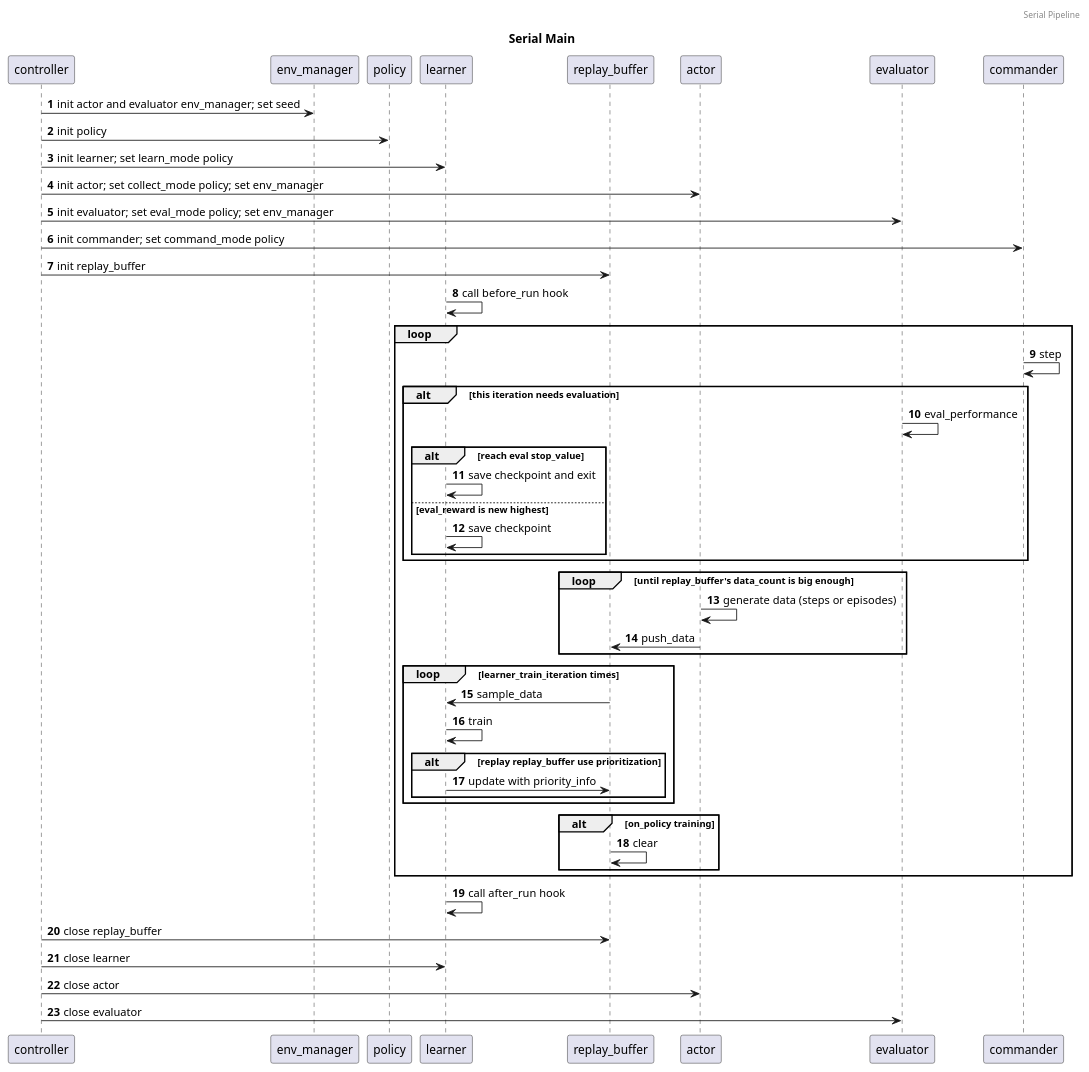
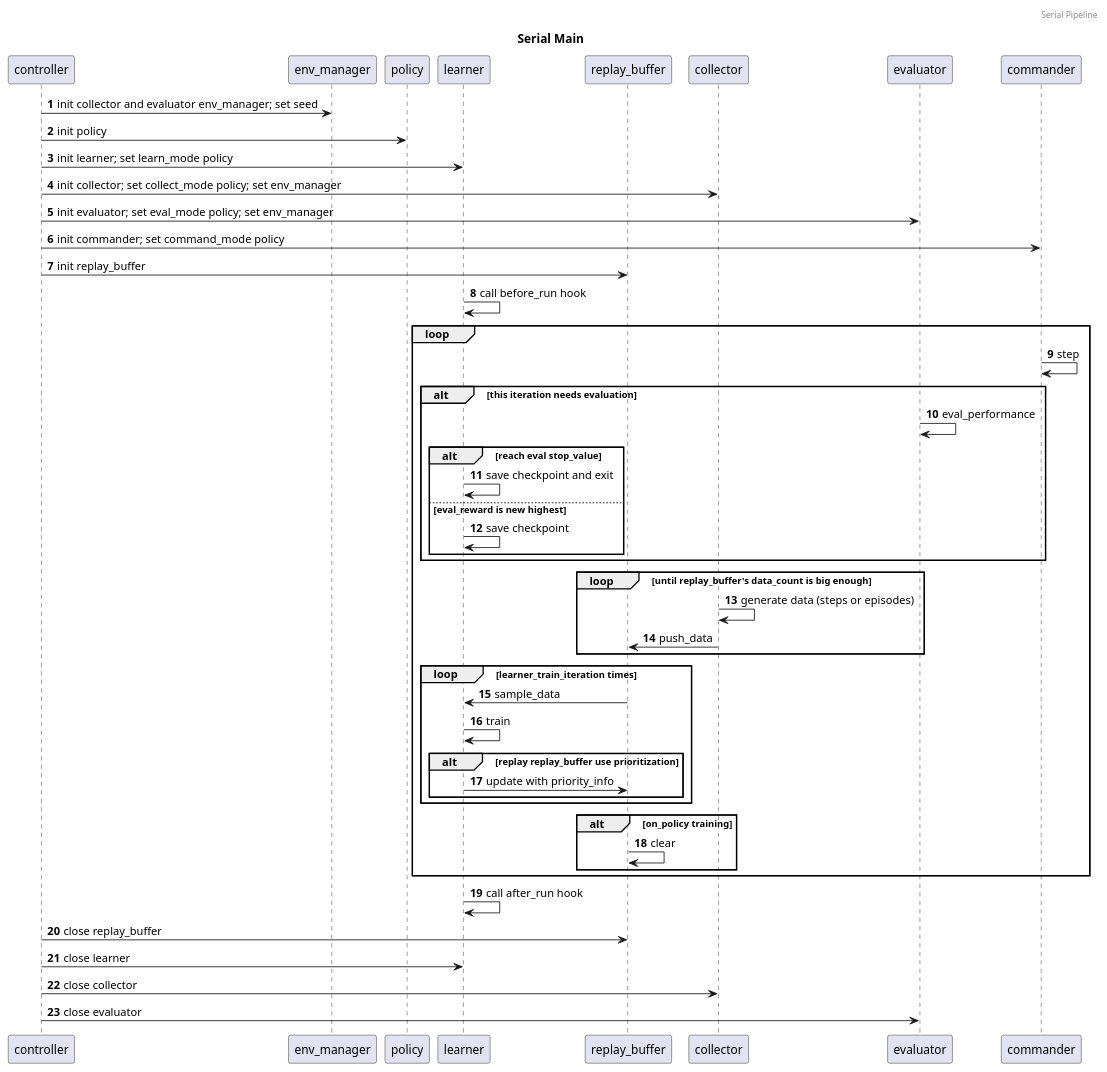
One commit to opendilab/DI-engine changed the diagram in nervex/design/serial_main.puml. Above: the diagram before and after it, drawn with PlantUML. The commit also changed 175 other files, not shown here.

```diff
--- a/nervex/design/serial_main.puml
+++ b/nervex/design/serial_main.puml
@@ -1,53 +1,53 @@
 @startuml serial_main
 header Serial Pipeline
 title Serial Main
 
 participant controller
 participant env_manager
 participant policy
 participant learner
 participant replay_buffer
-participant actor
+participant collector
 participant evaluator
 participant commander
 autonumber
 
-controller -> env_manager: init actor and evaluator env_manager; set seed
+controller -> env_manager: init collector and evaluator env_manager; set seed
 controller -> policy: init policy
 controller -> learner: init learner; set learn_mode policy
-controller -> actor: init actor; set collect_mode policy; set env_manager
+controller -> collector: init collector; set collect_mode policy; set env_manager
 controller -> evaluator: init evaluator; set eval_mode policy; set env_manager
 controller -> commander: init commander; set command_mode policy
 controller -> replay_buffer: init replay_buffer
 learner -> learner: call before_run hook
 loop
   commander -> commander: step
   alt this iteration needs evaluation
     evaluator -> evaluator: eval_performance
     alt reach eval stop_value
       learner -> learner: save checkpoint and exit
     else eval_reward is new highest
       learner -> learner: save checkpoint
     end
   end
   loop until replay_buffer's data_count is big enough
-    actor -> actor: generate data (steps or episodes)
-    actor -> replay_buffer: push_data
+    collector -> collector: generate data (steps or episodes)
+    collector -> replay_buffer: push_data
   end
   loop learner_train_iteration times
     replay_buffer -> learner: sample_data
     learner -> learner: train
     alt replay replay_buffer use prioritization
       learner -> replay_buffer: update with priority_info
     end
   end
   alt on_policy training
     replay_buffer -> replay_buffer: clear
   end
 end
 learner -> learner: call after_run hook
 controller -> replay_buffer: close replay_buffer
 controller -> learner: close learner
-controller -> actor: close actor
+controller -> collector: close collector
 controller -> evaluator: close evaluator
 @enduml
```
